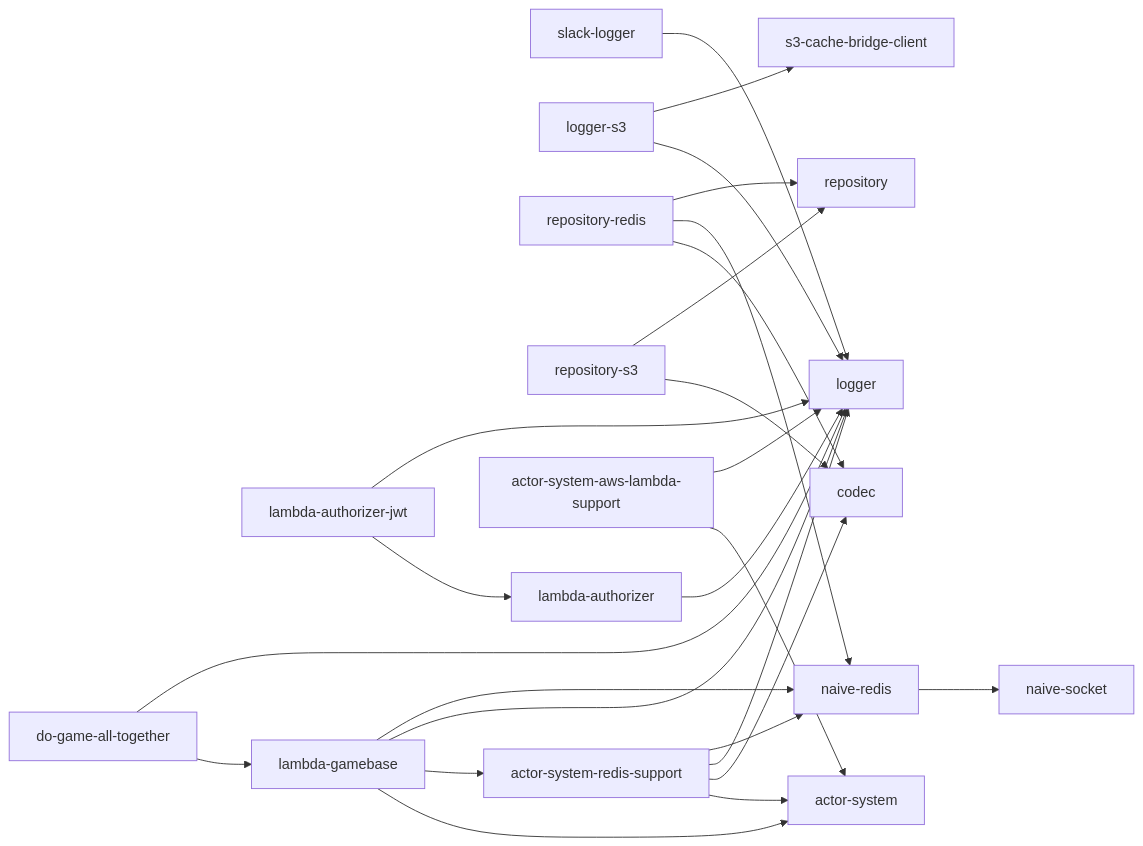
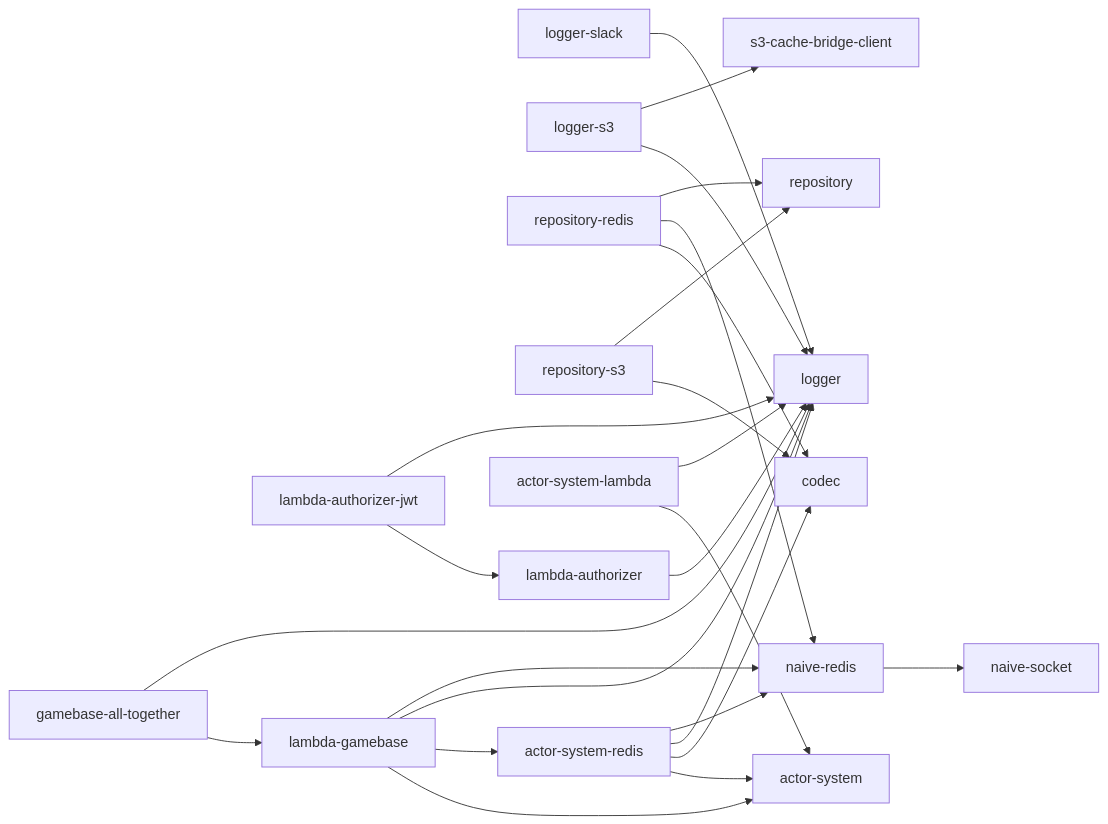
One commit to yingyeothon/tslib changed the diagram in README.md. Above: the diagram before and after it, drawn with Mermaid. The commit also changed other lines of this file and 19 other files, not shown here.

Commit message:
Unify gamebase-all-together, refresh root README, fix logger test literal

````diff
--- a/README.md
+++ b/README.md
@@ -30,27 +30,27 @@
 ```mermaid
 graph LR
   naive-redis --> naive-socket
-  slack-logger --> logger
+  logger-slack --> logger
   logger-s3 --> logger
   logger-s3 --> s3-cache-bridge-client
   repository-redis --> codec
   repository-redis --> naive-redis
   repository-redis --> repository
   repository-s3 --> codec
   repository-s3 --> repository
-  actor-system-redis-support --> actor-system
-  actor-system-redis-support --> codec
-  actor-system-redis-support --> logger
-  actor-system-redis-support --> naive-redis
-  actor-system-aws-lambda-support --> actor-system
-  actor-system-aws-lambda-support --> logger
+  actor-system-redis --> actor-system
+  actor-system-redis --> codec
+  actor-system-redis --> logger
+  actor-system-redis --> naive-redis
+  actor-system-lambda --> actor-system
+  actor-system-lambda --> logger
   lambda-authorizer --> logger
   lambda-authorizer-jwt --> lambda-authorizer
   lambda-authorizer-jwt --> logger
   lambda-gamebase --> actor-system
-  lambda-gamebase --> actor-system-redis-support
+  lambda-gamebase --> actor-system-redis
   lambda-gamebase --> logger
   lambda-gamebase --> naive-redis
-  do-game-all-together --> lambda-gamebase
-  do-game-all-together --> logger
+  gamebase-all-together --> lambda-gamebase
+  gamebase-all-together --> logger
 ```
````
